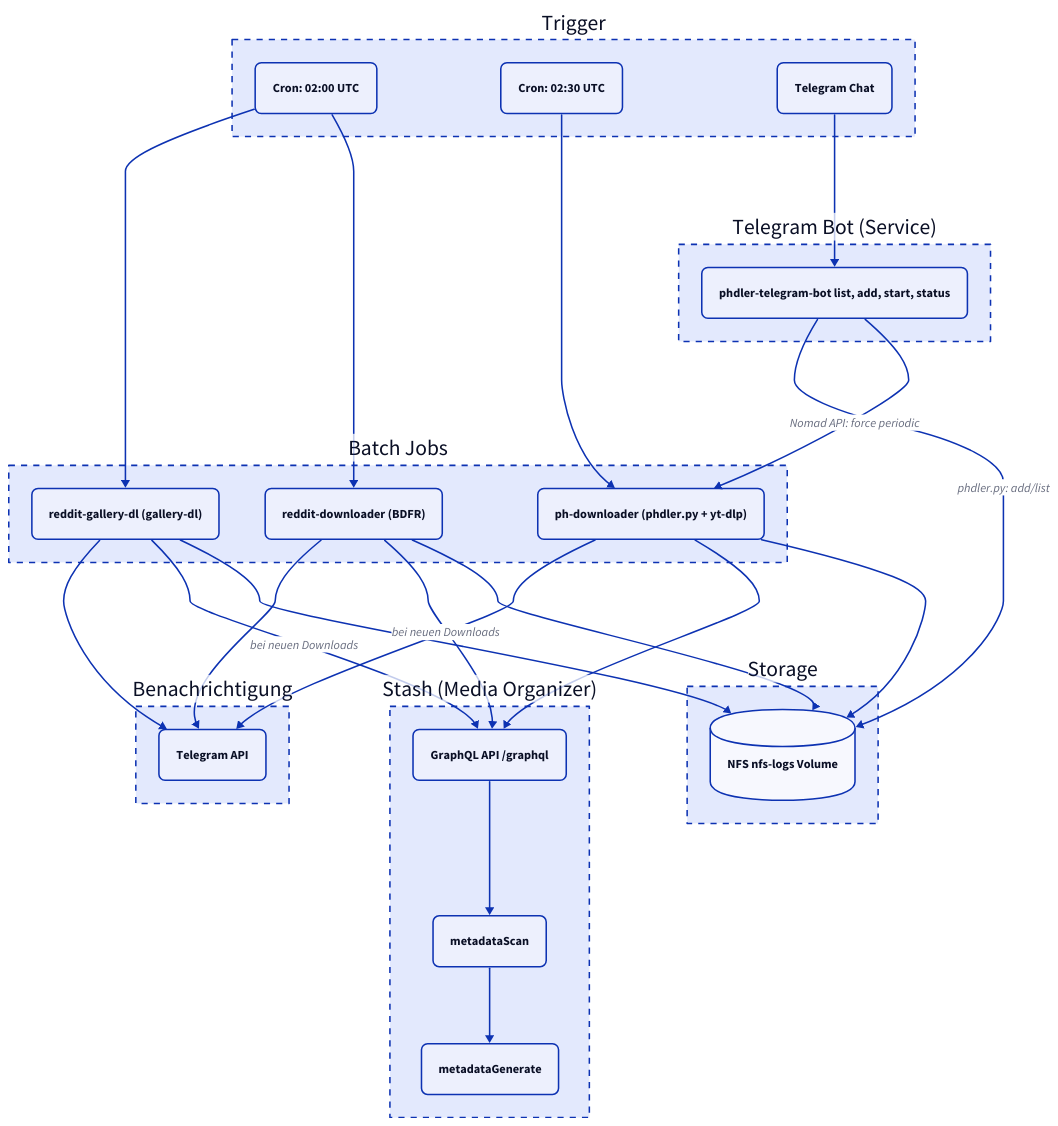
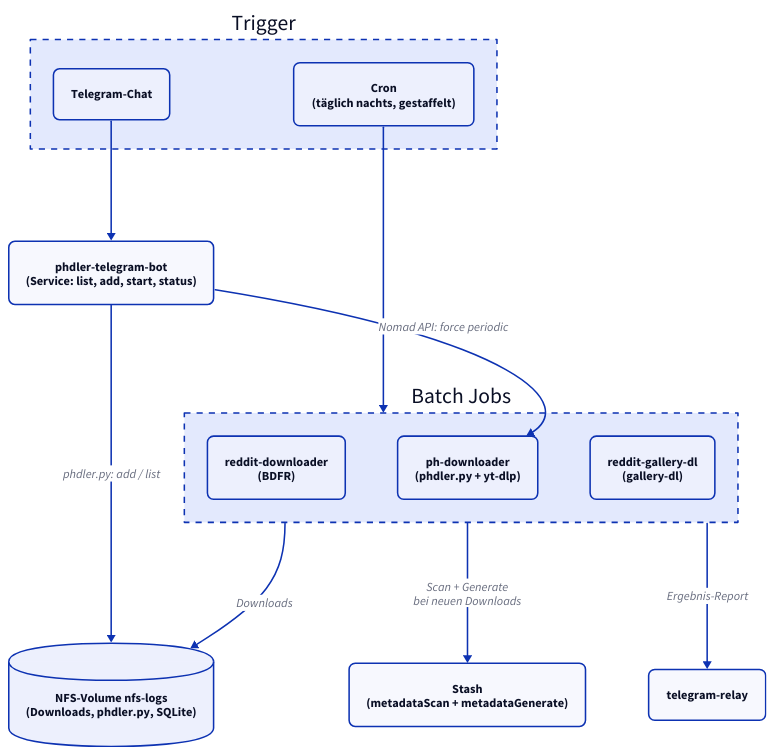
Before and after one commit to derever-labs/homelab-wiki: the diagram in docs/content-pipeline/index.md, drawn with D2. The commit also changed 11 other files, not shown here.

First line of the commit message:
docs(apps): Diagramme fuer TALA ueberarbeiten (Batch B5) (#101)

````diff
--- a/docs/content-pipeline/index.md
+++ b/docs/content-pipeline/index.md
@@ -29,57 +29,30 @@
 ```d2
 direction: down
 
 Trigger: Trigger {
   style.stroke-dash: 4
-  CRON1: "Cron: 02:00 UTC" { style.border-radius: 8 }
-  CRON2: "Cron: 02:30 UTC" { style.border-radius: 8 }
-  TG: Telegram Chat { style.border-radius: 8 }
+  CRON: "Cron\n(täglich nachts, gestaffelt)" { style.border-radius: 8 }
+  TG: Telegram-Chat { style.border-radius: 8 }
 }
 
-Bot: Telegram Bot (Service) {
-  style.stroke-dash: 4
-  TGBOT: "phdler-telegram-bot list, add, start, status" { style.border-radius: 8 }
-}
+TGBOT: "phdler-telegram-bot\n(Service: list, add, start, status)" { style.border-radius: 8 }
 
 Batch: Batch Jobs {
   style.stroke-dash: 4
-  RD: "reddit-downloader (BDFR)" { style.border-radius: 8 }
-  PH: "ph-downloader (phdler.py + yt-dlp)" { style.border-radius: 8 }
-  GDL: "reddit-gallery-dl (gallery-dl)" { style.border-radius: 8 }
+  RD: "reddit-downloader\n(BDFR)" { style.border-radius: 8 }
+  PH: "ph-downloader\n(phdler.py + yt-dlp)" { style.border-radius: 8 }
+  GDL: "reddit-gallery-dl\n(gallery-dl)" { style.border-radius: 8 }
 }
 
-Stash: Stash (Media Organizer) {
-  style.stroke-dash: 4
-  API: "GraphQL API /graphql" { style.border-radius: 8 }
-  SCAN: metadataScan { style.border-radius: 8 }
-  GEN: metadataGenerate { style.border-radius: 8 }
-}
+STASH: "Stash\n(metadataScan + metadataGenerate)" { style.border-radius: 8 }
+NFS: "NFS-Volume nfs-logs\n(Downloads, phdler.py, SQLite)" { shape: cylinder }
+RELAY: telegram-relay { style.border-radius: 8 }
 
-Storage: Storage {
-  style.stroke-dash: 4
-  NFS: "NFS nfs-logs Volume" { shape: cylinder }
-}
-
-Notify: Benachrichtigung {
-  style.stroke-dash: 4
-  TGAPI: Telegram API { style.border-radius: 8 }
-}
-
-Trigger.CRON1 -> Batch.RD
-Trigger.CRON1 -> Batch.GDL
-Trigger.CRON2 -> Batch.PH
-Trigger.TG -> Bot.TGBOT
-Bot.TGBOT -> Batch.PH: Nomad API: force periodic
-Bot.TGBOT -> Storage.NFS: phdler.py: add/list
-Batch.RD -> Storage.NFS
-Batch.PH -> Storage.NFS
-Batch.GDL -> Storage.NFS
-Batch.RD -> Stash.API: bei neuen Downloads
-Batch.PH -> Stash.API
-Batch.GDL -> Stash.API: bei neuen Downloads
-Stash.API -> Stash.SCAN
-Stash.SCAN -> Stash.GEN
-Batch.RD -> Notify.TGAPI
-Batch.PH -> Notify.TGAPI
-Batch.GDL -> Notify.TGAPI
+Trigger.CRON -> Batch
+Trigger.TG -> TGBOT
+TGBOT -> Batch.PH: "Nomad API: force periodic"
+TGBOT -> NFS: "phdler.py: add / list"
+Batch -> NFS: Downloads
+Batch -> STASH: "Scan + Generate\nbei neuen Downloads"
+Batch -> RELAY: Ergebnis-Report
 ```
````
